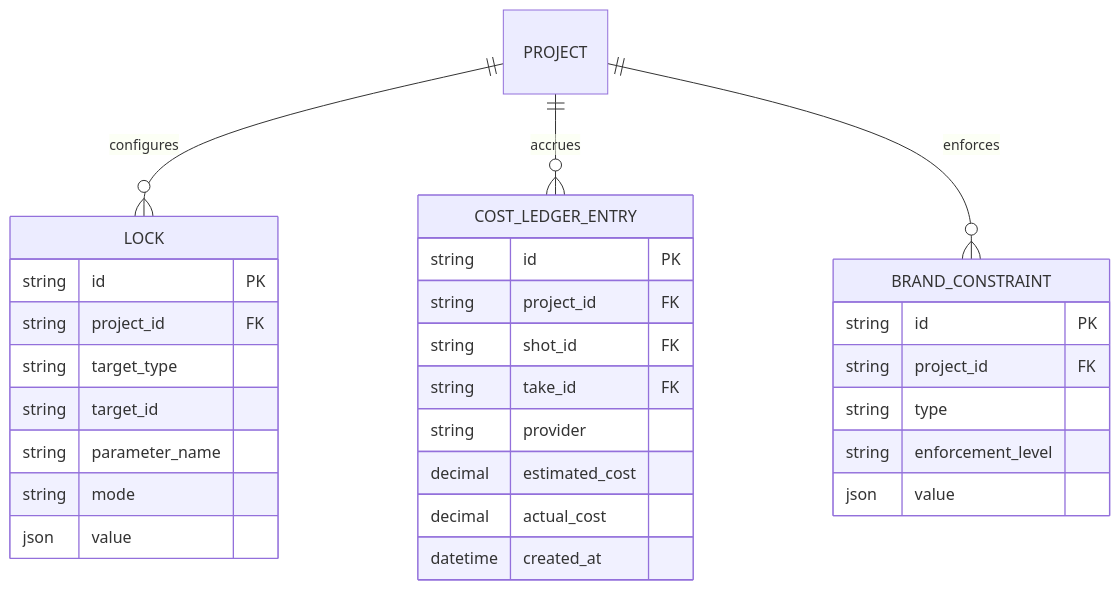
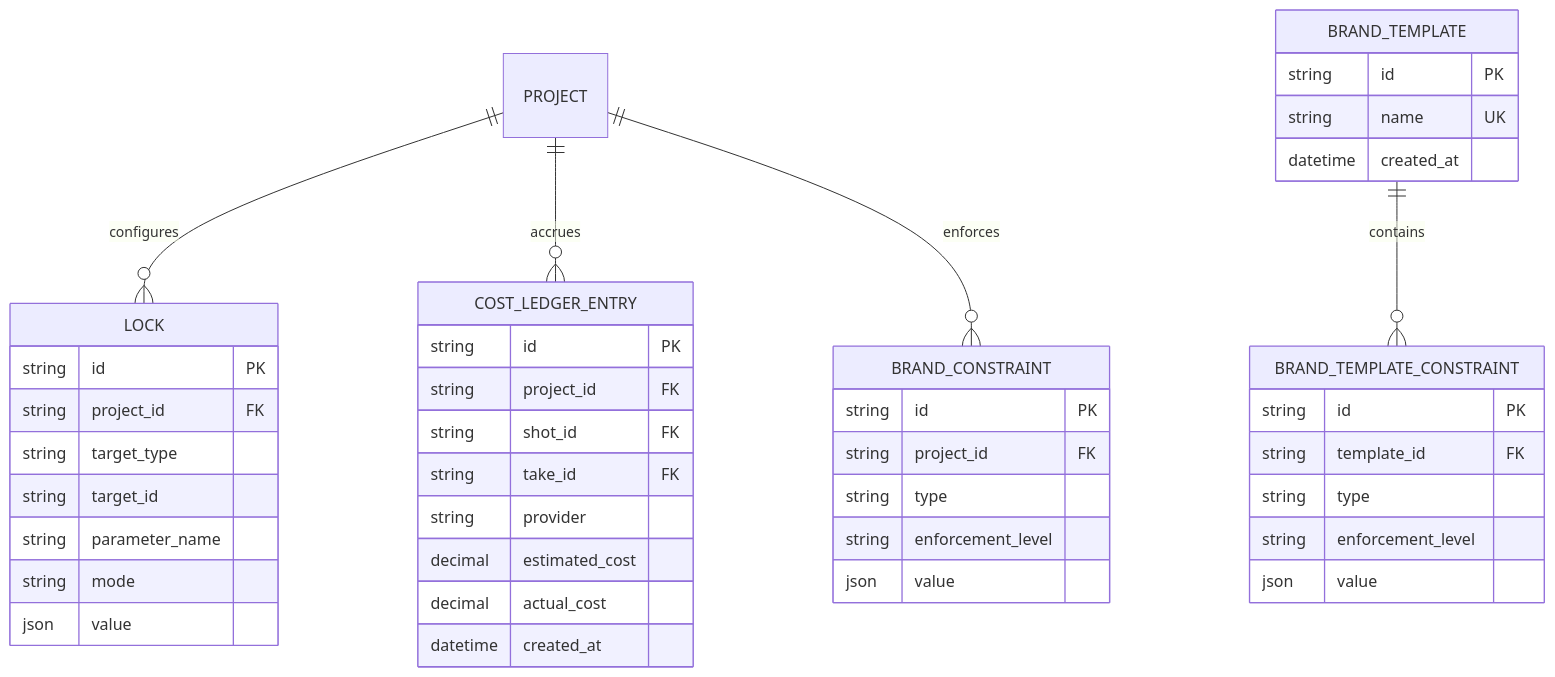
One commit to ousiassllc/mam changed the fifth of 6 diagrams in spec/architecture/er.md. Above: the diagram before and after it, drawn with Mermaid. The commit also changed other lines of this file and 31 other files, not shown here.

````diff
--- a/spec/architecture/er.md
+++ b/spec/architecture/er.md
@@ -384,33 +384,46 @@
 ```mermaid
 erDiagram
     PROJECT ||--o{ LOCK : configures
     PROJECT ||--o{ COST_LEDGER_ENTRY : accrues
     PROJECT ||--o{ BRAND_CONSTRAINT : enforces
 
     LOCK {
         string id PK
         string project_id FK
         string target_type
         string target_id
         string parameter_name
         string mode
         json value
     }
     COST_LEDGER_ENTRY {
         string id PK
         string project_id FK
         string shot_id FK
         string take_id FK
         string provider
         decimal estimated_cost
         decimal actual_cost
         datetime created_at
     }
     BRAND_CONSTRAINT {
         string id PK
         string project_id FK
         string type
         string enforcement_level
         json value
     }
+    BRAND_TEMPLATE ||--o{ BRAND_TEMPLATE_CONSTRAINT : contains
+    BRAND_TEMPLATE {
+        string id PK
+        string name UK
+        datetime created_at
+    }
+    BRAND_TEMPLATE_CONSTRAINT {
+        string id PK
+        string template_id FK
+        string type
+        string enforcement_level
+        json value
+    }
 ```
````
